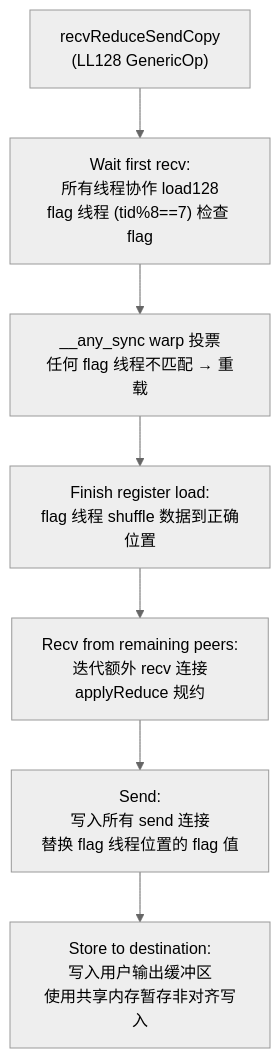
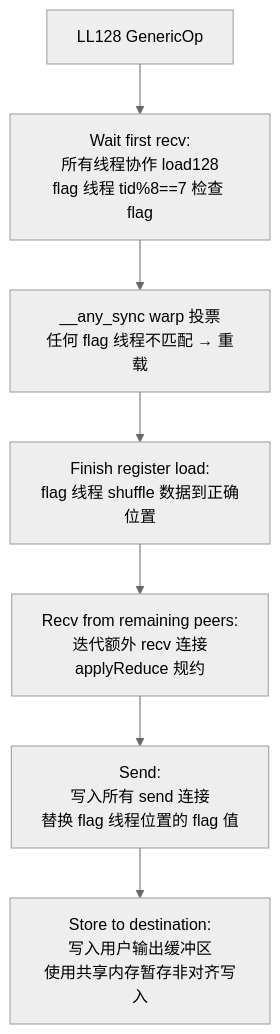
Before and after one commit to s0okiym/share: the fifth of 10 diagrams in dd_nccl_glm5.1/07-device-kernel.md, drawn with Mermaid (neutral theme). The commit also changed other lines of this file and 19 other files, not shown here.

````diff
--- a/dd_nccl_glm5.1/07-device-kernel.md
+++ b/dd_nccl_glm5.1/07-device-kernel.md
@@ -182,13 +143,13 @@
 ```mermaid
 flowchart TD
-    A["recvReduceSendCopy\n(LL128 GenericOp)"] --> B["Wait first recv:\n所有线程协作 load128\nflag 线程 (tid%8==7) 检查 flag"]
+    A["LL128 GenericOp"] --> B["Wait first recv:\n所有线程协作 load128\nflag 线程 tid%8==7 检查 flag"]
 
     B --> C["__any_sync warp 投票\n任何 flag 线程不匹配 → 重载"]
     C --> D["Finish register load:\nflag 线程 shuffle 数据到正确位置"]
 
     D --> E["Recv from remaining peers:\n迭代额外 recv 连接\napplyReduce 规约"]
 
     E --> F["Send:\n写入所有 send 连接\n替换 flag 线程位置的 flag 值"]
 
     F --> G["Store to destination:\n写入用户输出缓冲区\n使用共享内存暂存非对齐写入"]
 ```
````
